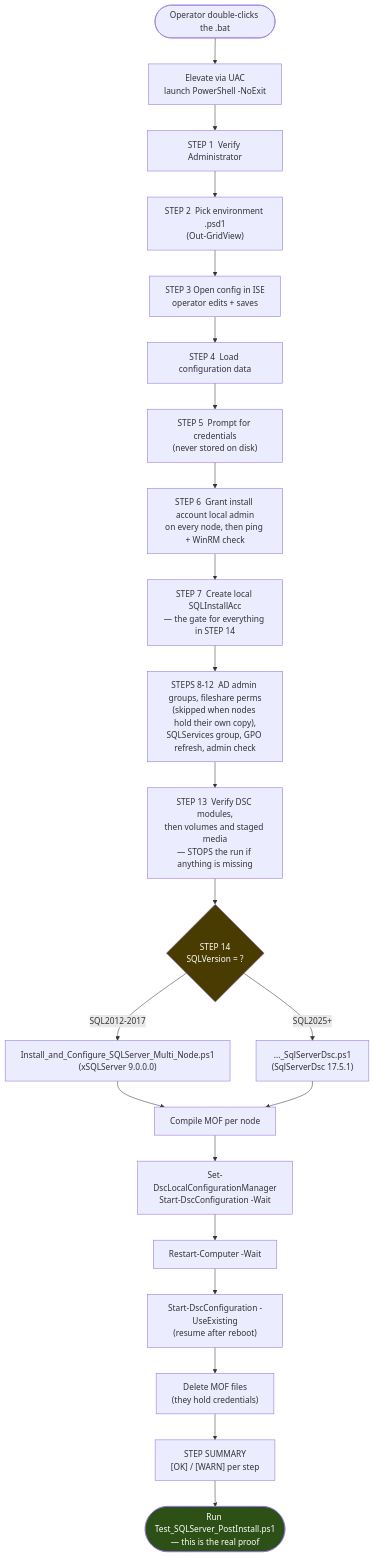
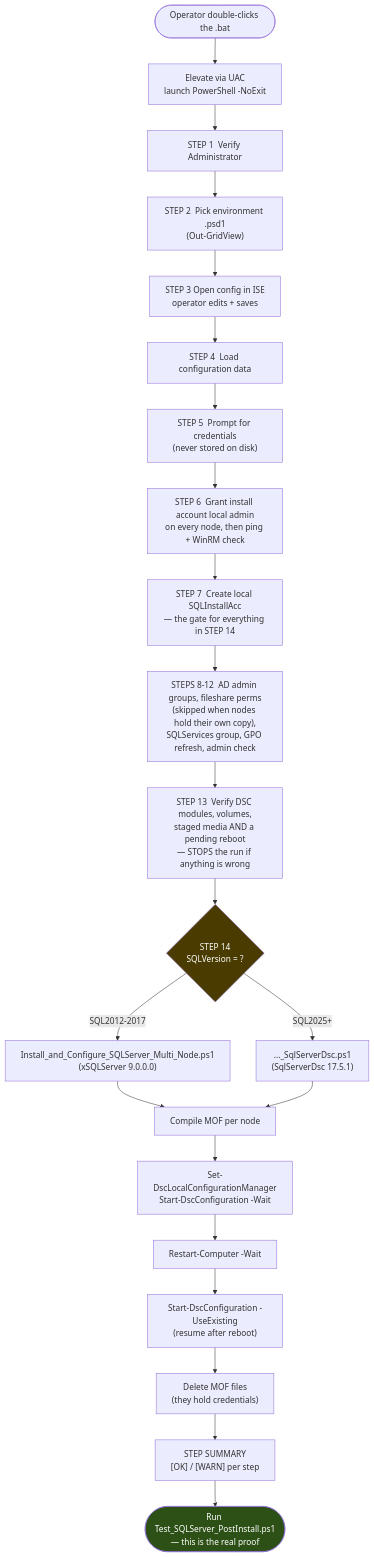
Before and after one commit to teramuhs-lab/random_repo: the second of 7 diagrams in SQLInstall/docs/INSTALLATION_FLOW.md, drawn with Mermaid. The commit also changed other lines of this file and 2 other files, not shown here.

````diff
--- a/SQLInstall/docs/INSTALLATION_FLOW.md
+++ b/SQLInstall/docs/INSTALLATION_FLOW.md
@@ -65,29 +65,29 @@
 ```mermaid
 flowchart TD
     START([Operator double-clicks the .bat]) --> ELEV["Elevate via UAC<br/>launch PowerShell -NoExit"]
     ELEV --> S1["STEP 1  Verify Administrator"]
     S1 --> S2["STEP 2  Pick environment .psd1<br/>(Out-GridView)"]
     S2 --> S3["STEP 3  Open config in ISE<br/>operator edits + saves"]
     S3 --> S4["STEP 4  Load configuration data"]
     S4 --> S5["STEP 5  Prompt for credentials<br/>(never stored on disk)"]
     S5 --> S6["STEP 6  Grant install account local admin<br/>on every node, then ping + WinRM check"]
     S6 --> S7["STEP 7  Create local SQLInstallAcc<br/>— the gate for everything in STEP 14"]
     S7 --> S8["STEPS 8-12  AD admin groups, fileshare perms<br/>(skipped when nodes hold their own copy),<br/>SQLServices group, GPO refresh, admin check"]
-    S8 --> S13["STEP 13  Verify DSC modules,<br/>then volumes and staged media<br/>— STOPS the run if anything is missing"]
+    S8 --> S13["STEP 13  Verify DSC modules, volumes,<br/>staged media AND a pending reboot<br/>— STOPS the run if anything is wrong"]
     S13 --> PICK{"STEP 14<br/>SQLVersion = ?"}
 
     PICK -- "SQL2012-2017" --> LEGACY["Install_and_Configure_SQLServer_Multi_Node.ps1<br/>(xSQLServer 9.0.0.0)"]
     PICK -- "SQL2025+" --> MODERN["..._SqlServerDsc.ps1<br/>(SqlServerDsc 17.5.1)"]
 
     LEGACY --> COMPILE["Compile MOF per node"]
     MODERN --> COMPILE
     COMPILE --> LCM["Set-DscLocalConfigurationManager<br/>Start-DscConfiguration -Wait"]
     LCM --> REBOOT["Restart-Computer -Wait"]
     REBOOT --> RESUME["Start-DscConfiguration -UseExisting<br/>(resume after reboot)"]
     RESUME --> CLEAN["Delete MOF files<br/>(they hold credentials)"]
     CLEAN --> REPORT["STEP SUMMARY<br/>[OK] / [WARN] per step"]
     REPORT --> VERIFY(["Run Test_SQLServer_PostInstall.ps1<br/>— this is the real proof"])
 
     style VERIFY fill:#2d5016,color:#fff
     style PICK fill:#4a3c00,color:#fff
 ```
````
